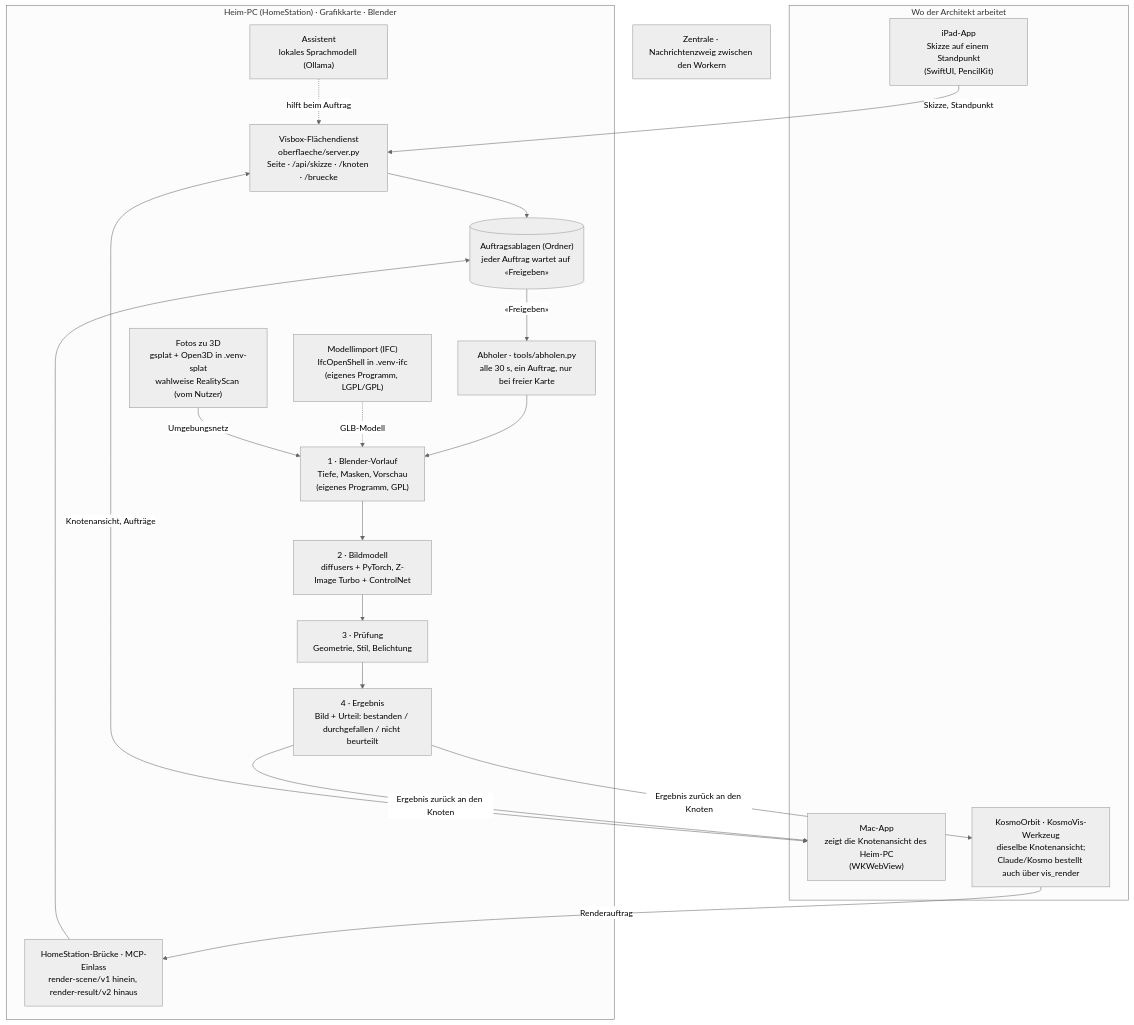
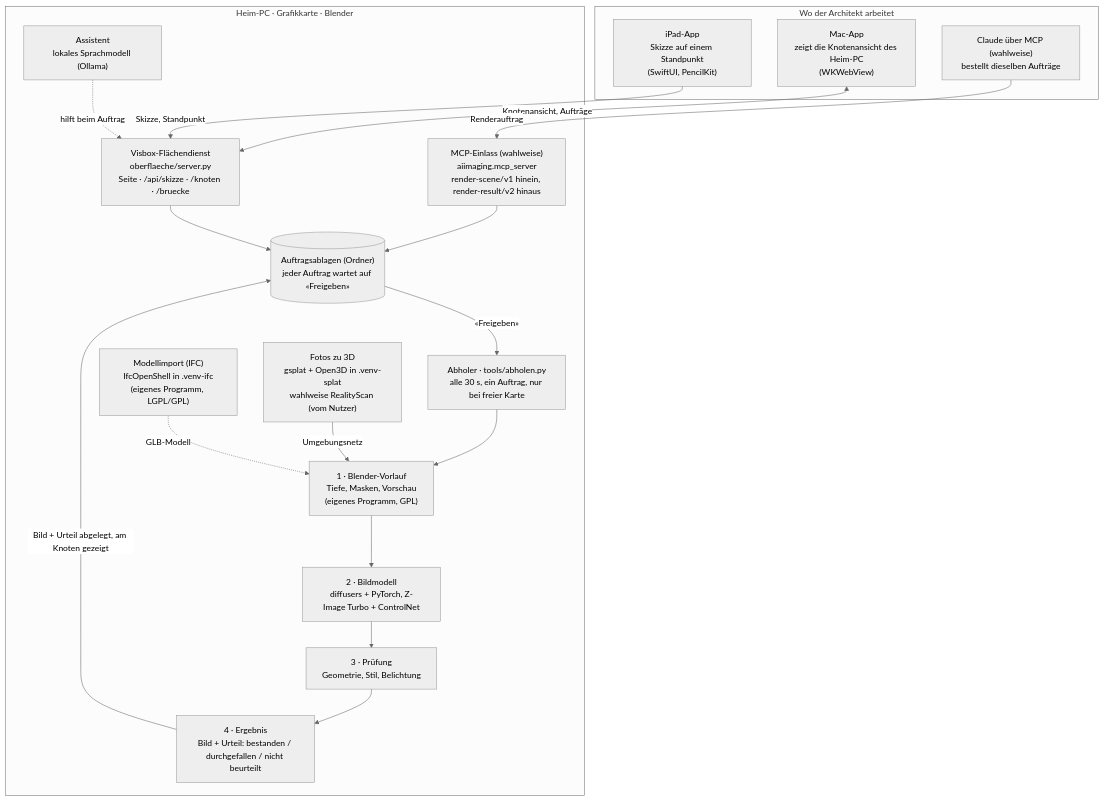
One commit to Imperigo/ai-imaging-in-a-box changed the diagram in docs/WERKZEUGE_UND_ARCHITEKTUR.md. Above: the diagram before and after it, drawn with Mermaid (neutral theme). The commit also changed other lines of this file and 9 other files, not shown here.

````diff
--- a/docs/WERKZEUGE_UND_ARCHITEKTUR.md
+++ b/docs/WERKZEUGE_UND_ARCHITEKTUR.md
@@ -117,35 +118,33 @@
 ```mermaid
 flowchart TB
   subgraph Geraete["Wo der Architekt arbeitet"]
     IPAD["iPad-App<br/>Skizze auf einem Standpunkt<br/>(SwiftUI, PencilKit)"]
     MAC["Mac-App<br/>zeigt die Knotenansicht des Heim-PC<br/>(WKWebView)"]
-    KO["KosmoOrbit · KosmoVis-Werkzeug<br/>dieselbe Knotenansicht;<br/>Claude/Kosmo bestellt auch über vis_render"]
+    CL["Claude über MCP (wahlweise)<br/>bestellt dieselben Aufträge"]
   end
-  subgraph Heim["Heim-PC (HomeStation) · Grafikkarte · Blender"]
+  subgraph Heim["Heim-PC · Grafikkarte · Blender"]
     FL["Visbox-Flächendienst<br/>oberflaeche/server.py<br/>Seite · /api/skizze · /knoten · /bruecke"]
-    BR["HomeStation-Brücke · MCP-Einlass<br/>render-scene/v1 hinein, render-result/v2 hinaus"]
+    BR["MCP-Einlass (wahlweise)<br/>aiimaging.mcp_server<br/>render-scene/v1 hinein, render-result/v2 hinaus"]
     AB[("Auftragsablagen (Ordner)<br/>jeder Auftrag wartet auf «Freigeben»")]
     AH["Abholer · tools/abholen.py<br/>alle 30 s, ein Auftrag, nur bei freier Karte"]
     BL["1 · Blender-Vorlauf<br/>Tiefe, Masken, Vorschau<br/>(eigenes Programm, GPL)"]
     BM["2 · Bildmodell<br/>diffusers + PyTorch, Z-Image Turbo + ControlNet"]
     QA["3 · Prüfung<br/>Geometrie, Stil, Belichtung"]
     ER["4 · Ergebnis<br/>Bild + Urteil: bestanden / durchgefallen / nicht beurteilt"]
     IFC["Modellimport (IFC)<br/>IfcOpenShell in .venv-ifc<br/>(eigenes Programm, LGPL/GPL)"]
     SP["Fotos zu 3D<br/>gsplat + Open3D in .venv-splat<br/>wahlweise RealityScan (vom Nutzer)"]
     AS["Assistent<br/>lokales Sprachmodell (Ollama)"]
   end
-  Z["Zentrale · Nachrichtenzweig zwischen den Workern"]
 
   IPAD -- "Skizze, Standpunkt" --> FL
   MAC <-- "Knotenansicht, Aufträge" --> FL
-  KO -- "Renderauftrag" --> BR
+  CL -- "Renderauftrag" --> BR
   FL --> AB
   BR --> AB
   AB -- "«Freigeben»" --> AH
   AH --> BL --> BM --> QA --> ER
   IFC -. "GLB-Modell" .-> BL
   SP -- "Umgebungsnetz" --> BL
-  ER -- "Ergebnis zurück an den Knoten" --> MAC
-  ER -- "Ergebnis zurück an den Knoten" --> KO
+  ER -- "Bild + Urteil abgelegt, am Knoten gezeigt" --> AB
   AS -. "hilft beim Auftrag" .-> FL
 ```
````
